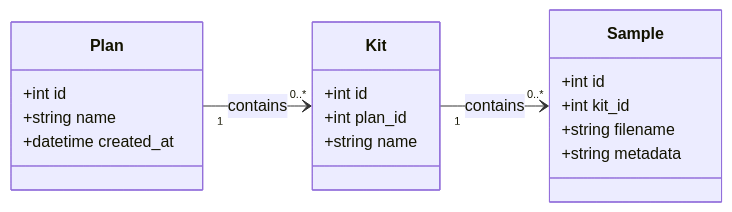
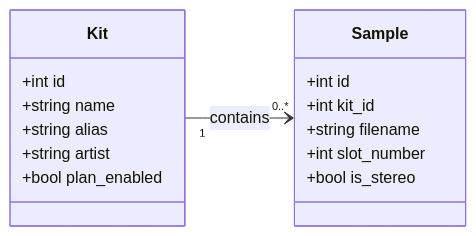
The diagram in docs/romper-db.mmd (peteb4ker/romper), drawn with Mermaid before and after one commit. The commit also changed 165 other files, not shown here.

```diff
--- a/docs/romper-db.mmd
+++ b/docs/romper-db.mmd
@@ -1,38 +1,33 @@
 %%{init: {
   "theme": "base",
   "themeVariables": {
     "primaryColor": "#f6f8fa",
     "primaryTextColor": "#1f2328",
     "primaryBorderColor": "#d0d7de",
     "lineColor": "#57606a",
     "fontSize": "14px",
     "fontFamily": "-apple-system, BlinkMacSystemFont, 'Segoe UI', Helvetica, Arial, sans-serif",
     "edgeLabelBackground": "#ffffff"
   }
 }}%%
 
-
 classDiagram
     direction LR
 
-    class Plan {
+    class Kit {
         +int id
         +string name
-        +datetime created_at
-    }
-
-    class Kit {
-        +int id
-        +int plan_id
-        +string name
+        +string alias
+        +string artist
+        +bool plan_enabled
     }
 
     class Sample {
         +int id
         +int kit_id
         +string filename
-        +string metadata
+        +int slot_number
+        +bool is_stereo
     }
 
-    Plan "1" --> "0..*" Kit : contains
     Kit "1" --> "0..*" Sample : contains
```
